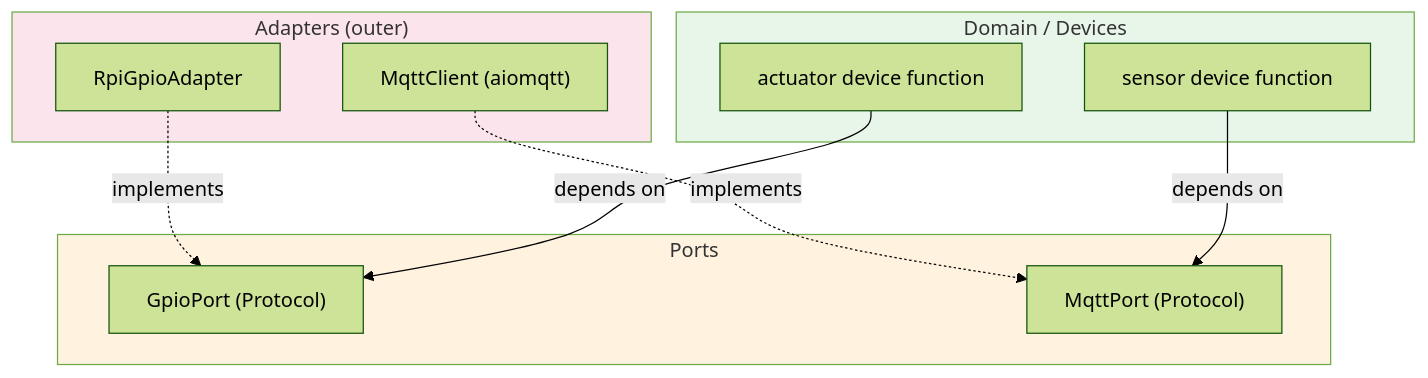
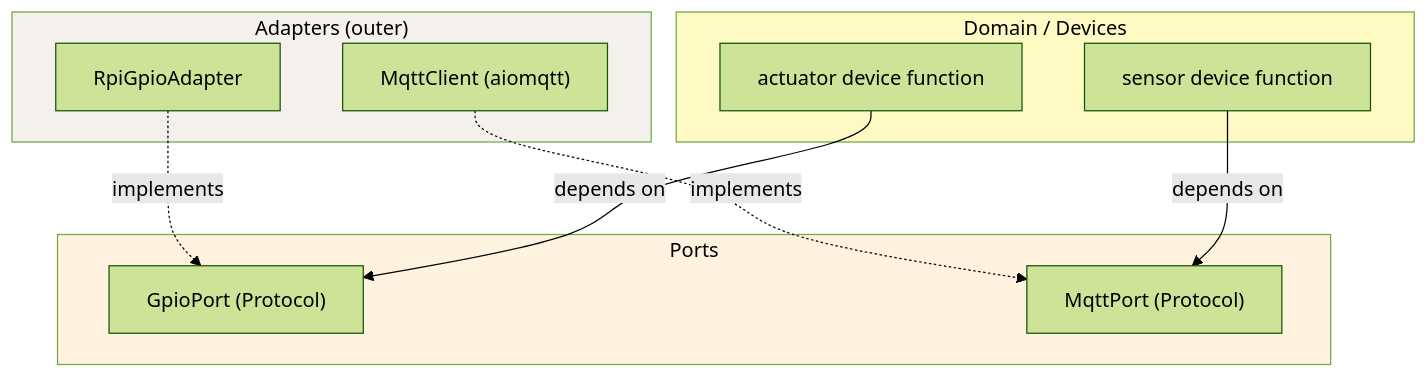
One commit to ff-fab/cosalette changed the second of 2 diagrams in docs/concepts/hexagonal.md. Above: the diagram before and after it, drawn with Mermaid (forest theme). The commit also changed 9 other files, not shown here.

````diff
--- a/docs/concepts/hexagonal.md
+++ b/docs/concepts/hexagonal.md
@@ -167,23 +167,23 @@
 ```mermaid
 graph TB
     subgraph Outer ["Adapters (outer)"]
         A1["RpiGpioAdapter"]
         A2["MqttClient (aiomqtt)"]
     end
     subgraph Middle ["Ports"]
         P1["GpioPort (Protocol)"]
         P2["MqttPort (Protocol)"]
     end
     subgraph Inner ["Domain / Devices"]
         D1["actuator device function"]
         D2["sensor device function"]
     end
     A1 -.->|implements| P1
     A2 -.->|implements| P2
     D1 -->|depends on| P1
     D2 -->|depends on| P2
 
-    style Inner fill:#e8f5e9
-    style Middle fill:#fff3e0
-    style Outer fill:#fce4ec
+    style Inner fill:#FFF9C4,color:#000000
+    style Middle fill:#fff3e0,color:#000000
+    style Outer fill:#F5F0EB,color:#000000
 ```
````
